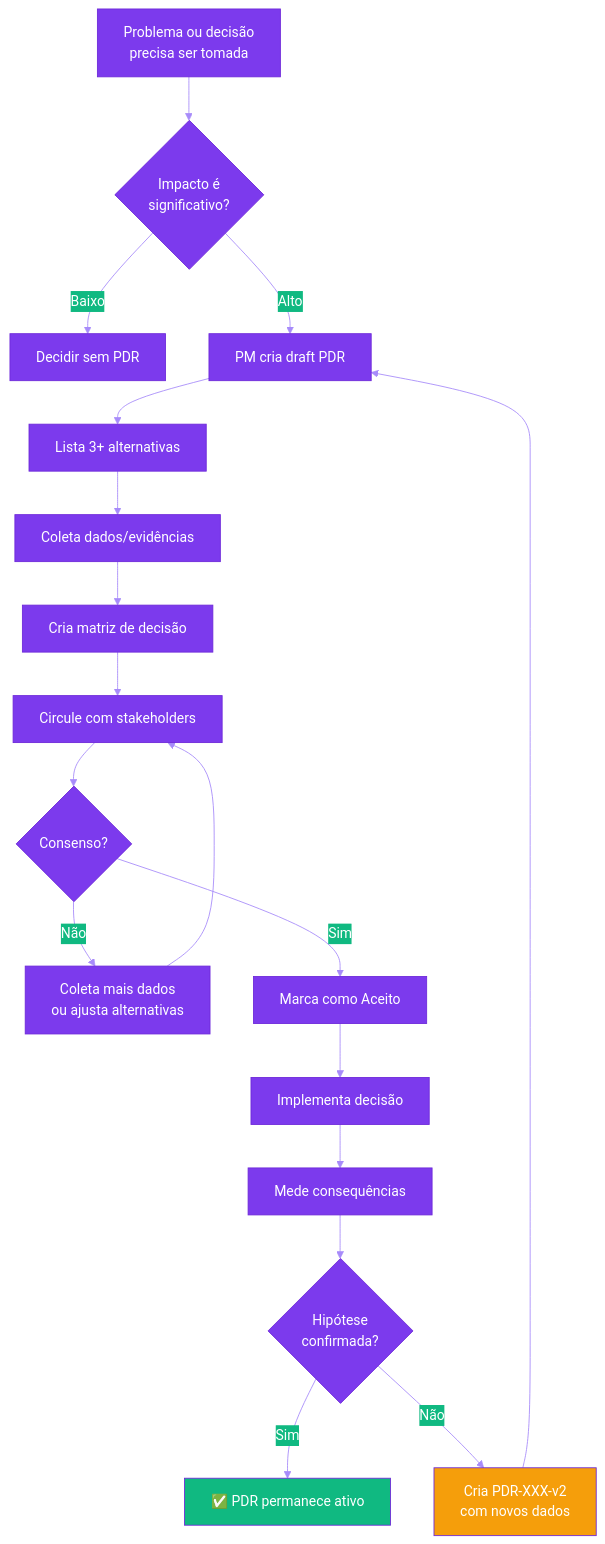
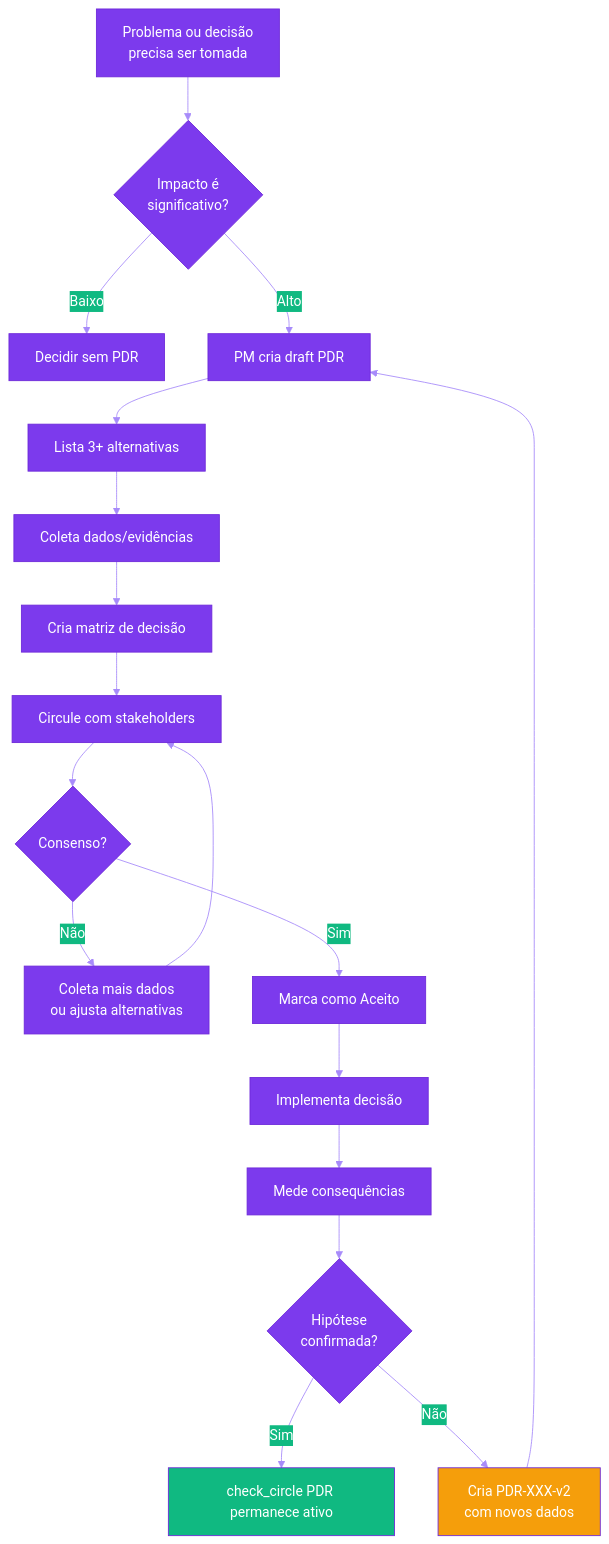
One commit to fabioeducacross/Ambiente_de_Prototipacao_V5 changed the diagram in documentation/docs/decisions/index.md. Above: the diagram before and after it, drawn with Mermaid. The commit also changed other lines of this file and 46 other files, not shown here.

First line of the commit message:
feat: substitui emojis por Material Symbols icons na wiki

````diff
--- a/documentation/docs/decisions/index.md
+++ b/documentation/docs/decisions/index.md
@@ -190,25 +190,25 @@
 ```mermaid
 %%{init: {'theme':'base', 'themeVariables': {'primaryColor':'#7C3AED','primaryTextColor':'#fff','primaryBorderColor':'#6D28D9','lineColor':'#A78BFA','secondaryColor':'#10B981','tertiaryColor':'#F59E0B'}}}%%
 flowchart TD
     A[Problema ou decisão<br/>precisa ser tomada] --> B{Impacto é<br/>significativo?}
     B -->|Baixo| C[Decidir sem PDR]
     B -->|Alto| D[PM cria draft PDR]
     D --> E[Lista 3+ alternativas]
     E --> F[Coleta dados/evidências]
     F --> G[Cria matriz de decisão]
     G --> H[Circule com stakeholders]
     H --> I{Consenso?}
     I -->|Não| J[Coleta mais dados<br/>ou ajusta alternativas]
     J --> H
     I -->|Sim| K[Marca como Aceito]
     K --> L[Implementa decisão]
     L --> M[Mede consequências]
     M --> N{Hipótese<br/>confirmada?}
-    N -->|Sim| O[✅ PDR permanece ativo]
+    N -->|Sim| O[<span class="material-symbols-outlined">check_circle</span> PDR permanece ativo]
     N -->|Não| P[Cria PDR-XXX-v2<br/>com novos dados]
     P --> D
     
     style O fill:#10B981,color:#fff
     style D fill:#7C3AED,color:#fff
     style P fill:#F59E0B,color:#fff
 ```
````
